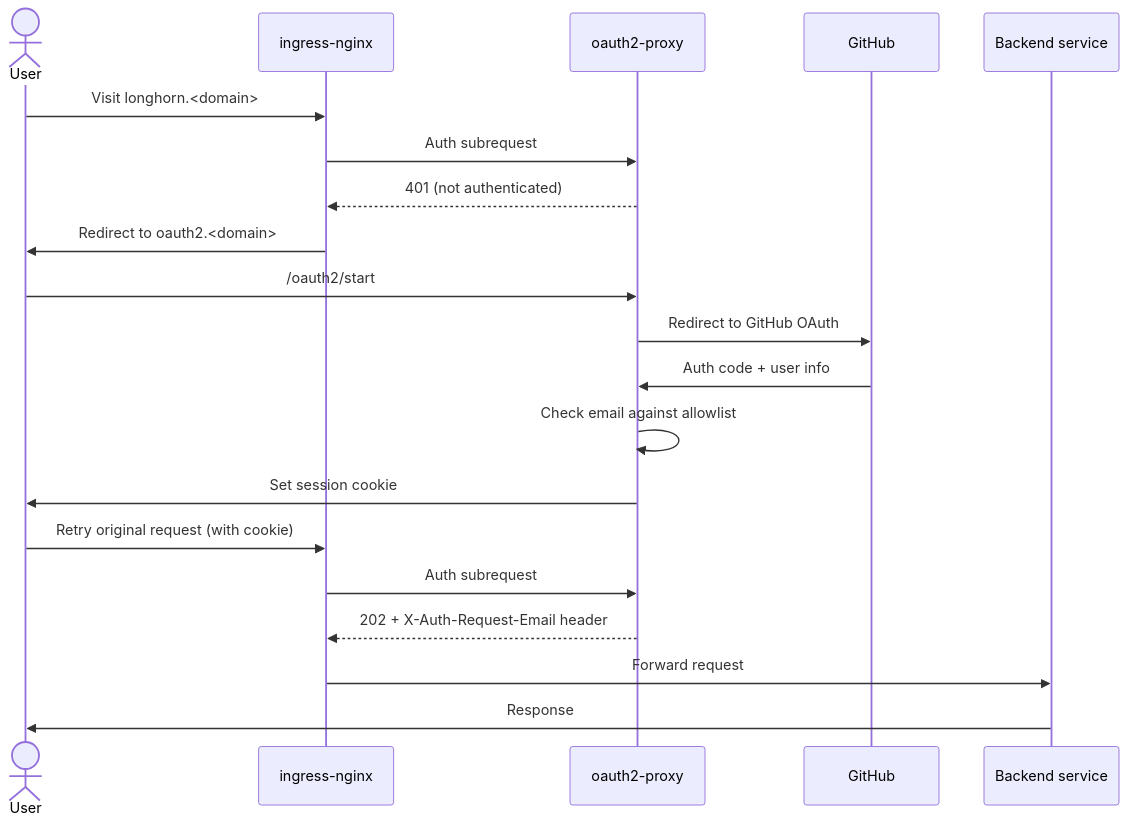
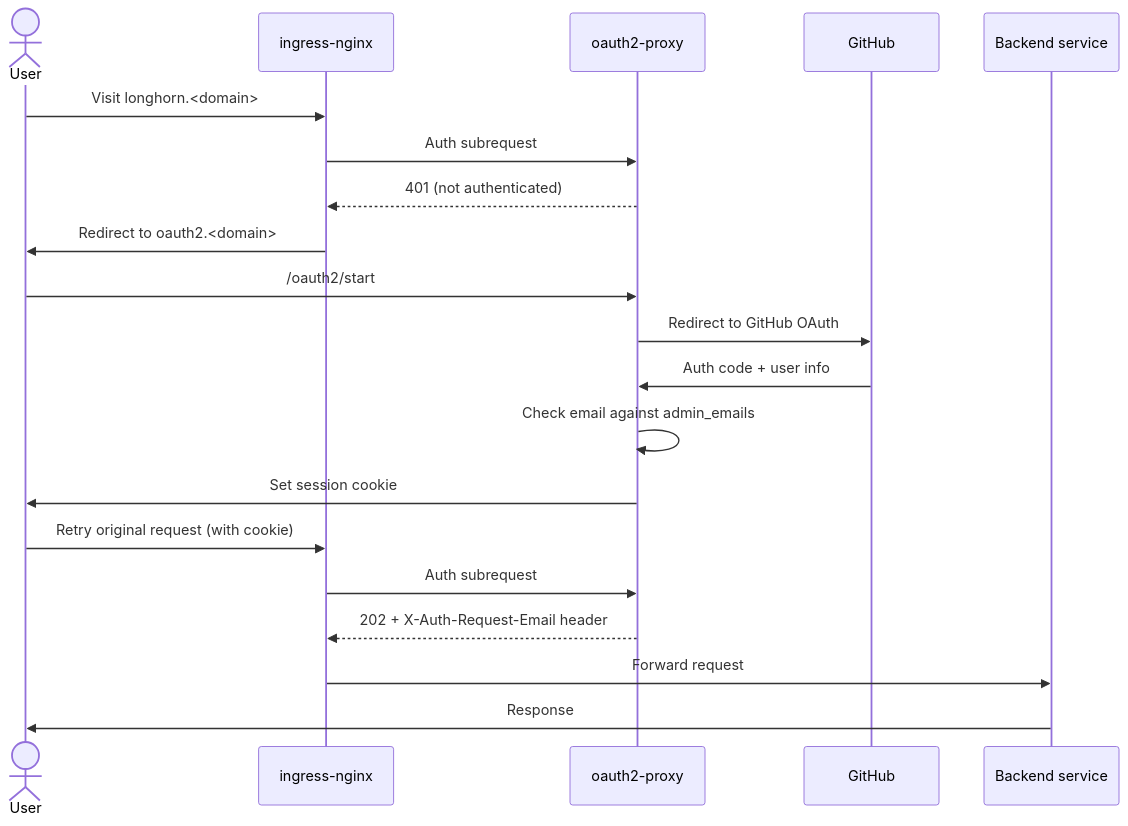
Before and after one commit to gilesknap/tpi-k3s-ansible: the fifth of 6 diagrams in docs/explanations/authentication.md, drawn with Mermaid. The commit also changed other lines of this file and 11 other files, not shown here.

````diff
--- a/docs/explanations/authentication.md
+++ b/docs/explanations/authentication.md
@@ -202,23 +200,23 @@
 ```{mermaid}
 sequenceDiagram
     actor User
     participant NGINX as ingress-nginx
     participant OAP as oauth2-proxy
     participant GitHub
     participant Svc as Backend service
 
     User->>NGINX: Visit longhorn.<domain>
     NGINX->>OAP: Auth subrequest
     OAP-->>NGINX: 401 (not authenticated)
     NGINX->>User: Redirect to oauth2.<domain>
     User->>OAP: /oauth2/start
     OAP->>GitHub: Redirect to GitHub OAuth
     GitHub->>OAP: Auth code + user info
-    OAP->>OAP: Check email against allowlist
+    OAP->>OAP: Check email against admin_emails
     OAP->>User: Set session cookie
     User->>NGINX: Retry original request (with cookie)
     NGINX->>OAP: Auth subrequest
     OAP-->>NGINX: 202 + X-Auth-Request-Email header
     NGINX->>Svc: Forward request
     Svc->>User: Response
 ```
````
